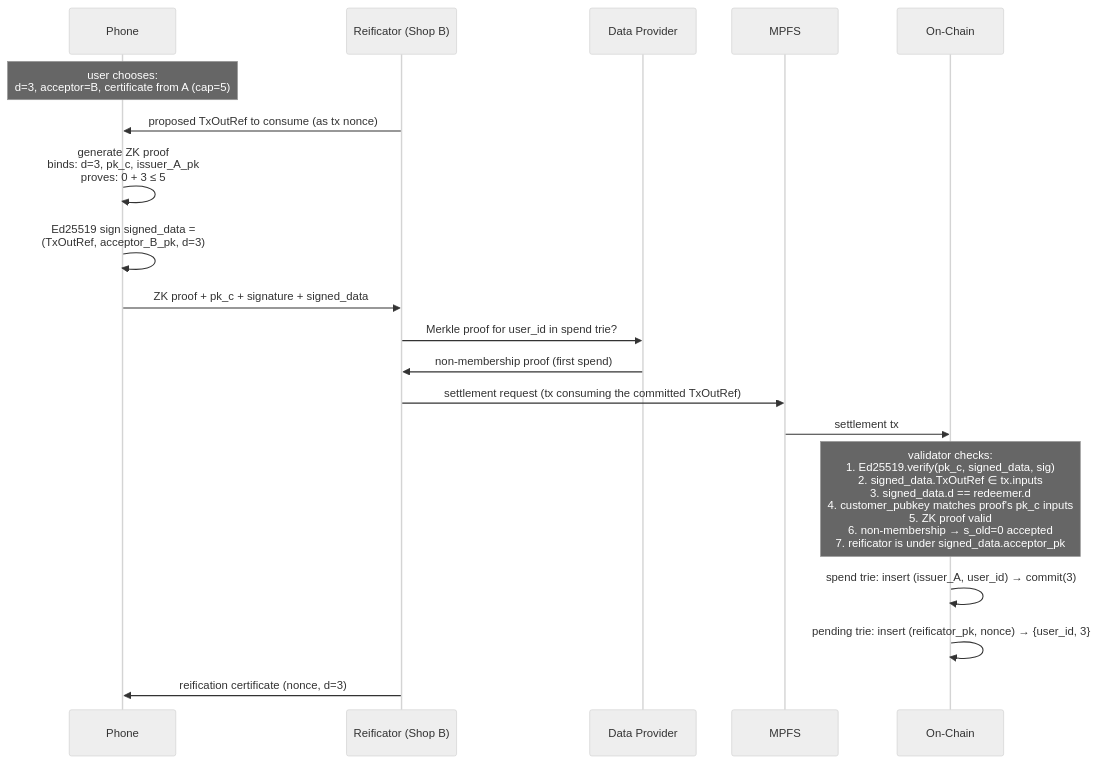
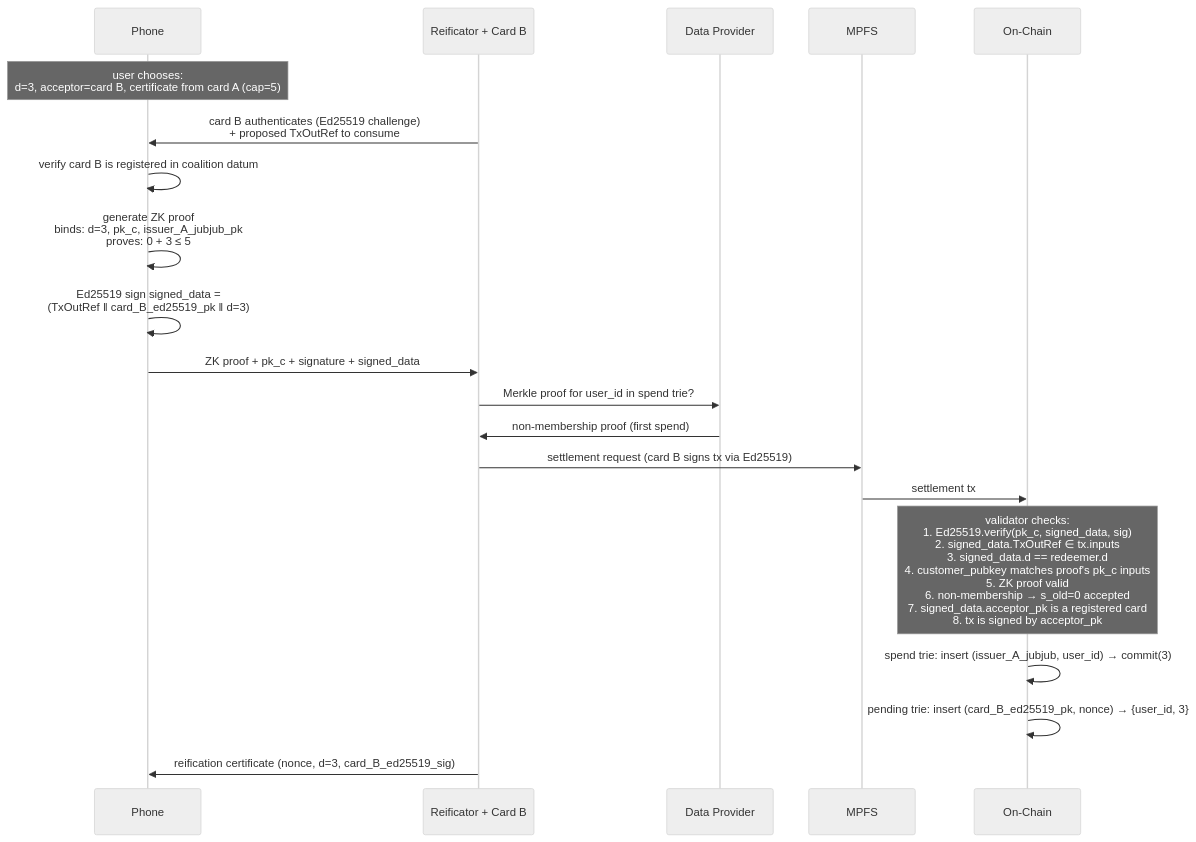
Before and after one commit to lambdasistemi/harvest: the fourth of 8 diagrams in docs/protocol/lifecycle.md, drawn with Mermaid (neutral theme). The commit also changed other lines of this file and 9 other files, not shown here.

````diff
--- a/docs/protocol/lifecycle.md
+++ b/docs/protocol/lifecycle.md
@@ -65,22 +66,23 @@
 ```mermaid
 sequenceDiagram
     participant P as Phone
-    participant R as Reificator (Shop B)
+    participant R as Reificator + Card B
     participant DP as Data Provider
     participant M as MPFS
     participant L1 as On-Chain
 
-    Note over P: user chooses:<br/>d=3, acceptor=B, certificate from A (cap=5)
-    R->>P: proposed TxOutRef to consume (as tx nonce)
-    P->>P: generate ZK proof<br/>binds: d=3, pk_c, issuer_A_pk<br/>proves: 0 + 3 ≤ 5
-    P->>P: Ed25519 sign signed_data =<br/>(TxOutRef, acceptor_B_pk, d=3)
+    Note over P: user chooses:<br/>d=3, acceptor=card B, certificate from card A (cap=5)
+    R->>P: card B authenticates (Ed25519 challenge)<br/>+ proposed TxOutRef to consume
+    P->>P: verify card B is registered in coalition datum
+    P->>P: generate ZK proof<br/>binds: d=3, pk_c, issuer_A_jubjub_pk<br/>proves: 0 + 3 ≤ 5
+    P->>P: Ed25519 sign signed_data =<br/>(TxOutRef ‖ card_B_ed25519_pk ‖ d=3)
     P->>R: ZK proof + pk_c + signature + signed_data
     R->>DP: Merkle proof for user_id in spend trie?
     DP->>R: non-membership proof (first spend)
-    R->>M: settlement request (tx consuming the committed TxOutRef)
+    R->>M: settlement request (card B signs tx via Ed25519)
     M->>L1: settlement tx
-    Note over L1: validator checks:<br/>1. Ed25519.verify(pk_c, signed_data, sig)<br/>2. signed_data.TxOutRef ∈ tx.inputs<br/>3. signed_data.d == redeemer.d<br/>4. customer_pubkey matches proof's pk_c inputs<br/>5. ZK proof valid<br/>6. non-membership → s_old=0 accepted<br/>7. reificator is under signed_data.acceptor_pk
-    L1->>L1: spend trie: insert (issuer_A, user_id) → commit(3)
-    L1->>L1: pending trie: insert (reificator_pk, nonce) → {user_id, 3}
-    R->>P: reification certificate (nonce, d=3)
+    Note over L1: validator checks:<br/>1. Ed25519.verify(pk_c, signed_data, sig)<br/>2. signed_data.TxOutRef ∈ tx.inputs<br/>3. signed_data.d == redeemer.d<br/>4. customer_pubkey matches proof's pk_c inputs<br/>5. ZK proof valid<br/>6. non-membership → s_old=0 accepted<br/>7. signed_data.acceptor_pk is a registered card<br/>8. tx is signed by acceptor_pk
+    L1->>L1: spend trie: insert (issuer_A_jubjub, user_id) → commit(3)
+    L1->>L1: pending trie: insert (card_B_ed25519_pk, nonce) → {user_id, 3}
+    R->>P: reification certificate (nonce, d=3, card_B_ed25519_sig)
 ```
````
